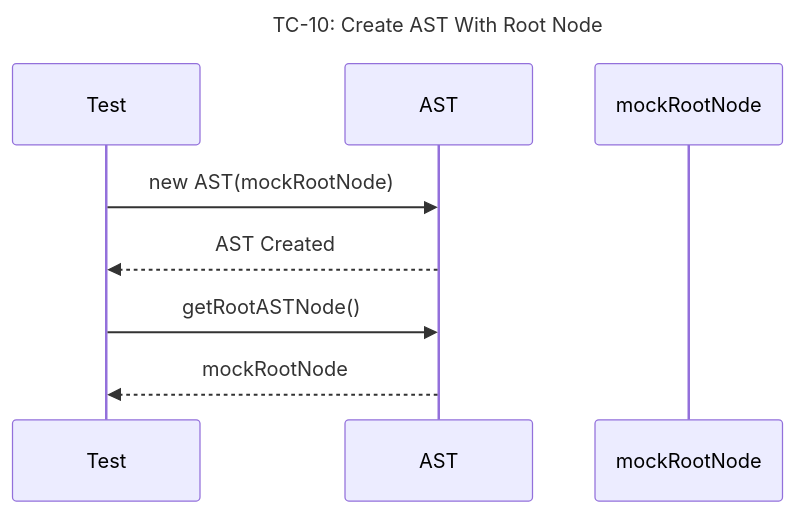
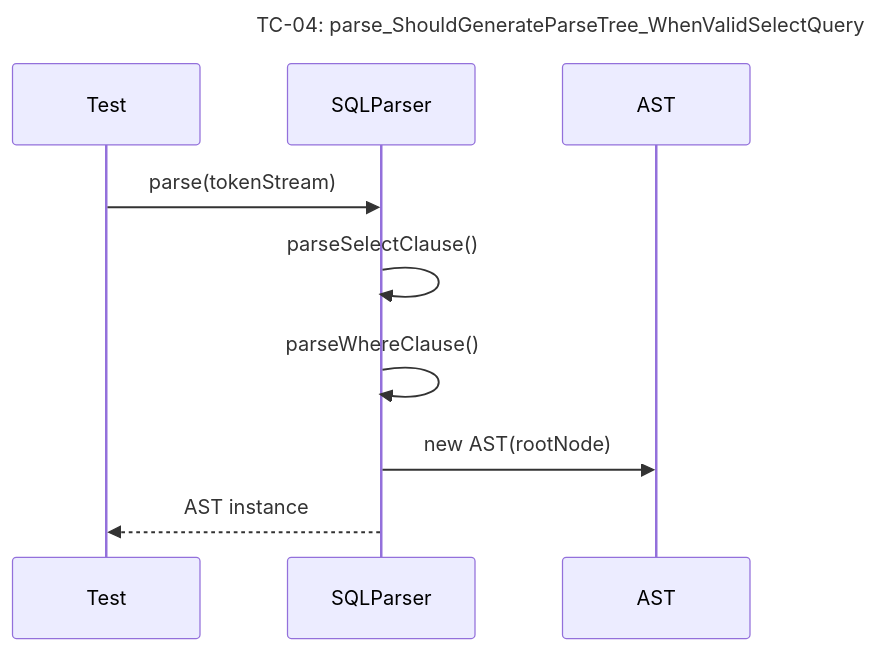
Before and after one commit to Dikhang1112/Database_Management_BBV: diagram 15 of 41 in docs/unit_test/query_prossor/SequeceTestCase.md, drawn with Mermaid. The commit also changed other lines of this file and 6 other files, not shown here.

Commit message:
Add docs sequece diagram and scenario testcase

````diff
--- a/docs/unit_test/query_prossor/SequeceTestCase.md
+++ b/docs/unit_test/query_prossor/SequeceTestCase.md
@@ -168,12 +205,13 @@
 ```mermaid
 sequenceDiagram
-    title TC-10: Create AST With Root Node
+    title TC-04: parse_ShouldGenerateParseTree_WhenValidSelectQuery
     participant Test
+    participant SQLParser
     participant AST
-    participant mockRootNode
 
-    Test->>AST: new AST(mockRootNode)
-    AST-->>Test: AST Created
-    Test->>AST: getRootASTNode()
-    AST-->>Test: mockRootNode
+    Test->>SQLParser: parse(tokenStream)
+    SQLParser->>SQLParser: parseSelectClause()
+    SQLParser->>SQLParser: parseWhereClause()
+    SQLParser->>AST: new AST(rootNode)
+    SQLParser-->>Test: AST instance
 ```
````
